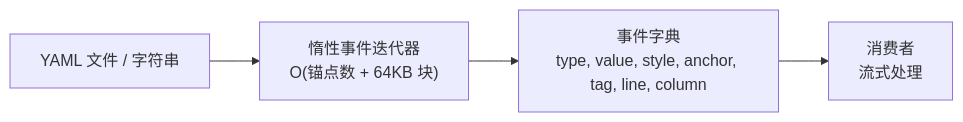
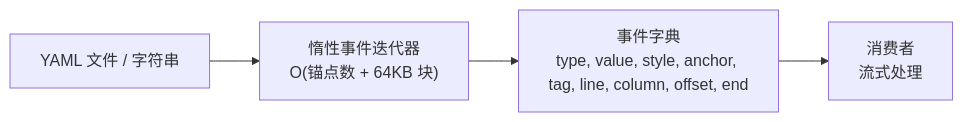
Before and after one commit to 759401524/pyrs-yaml: the diagram in docs/zh/guides/streaming.md, drawn with Mermaid. The commit also changed other lines of this file and 19 other files, not shown here.

````diff
--- a/docs/zh/guides/streaming.md
+++ b/docs/zh/guides/streaming.md
@@ -23,6 +23,6 @@
 ```mermaid title="流式解析架构"
 graph LR
     A["YAML 文件 / 字符串"] --> B["惰性事件迭代器<br/>O(锚点数 + 64KB 块)"]
-    B --> C["事件字典<br/>type, value, style, anchor, tag, line, column"]
+    B --> C["事件字典<br/>type, value, style, anchor, tag, line, column, offset, end"]
     C --> D["消费者<br/>流式处理"]
 ```
````
